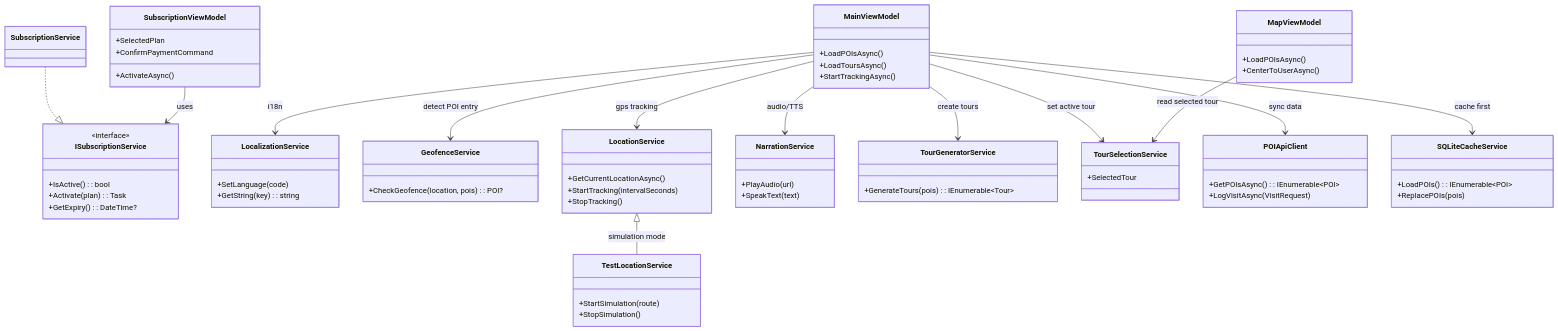
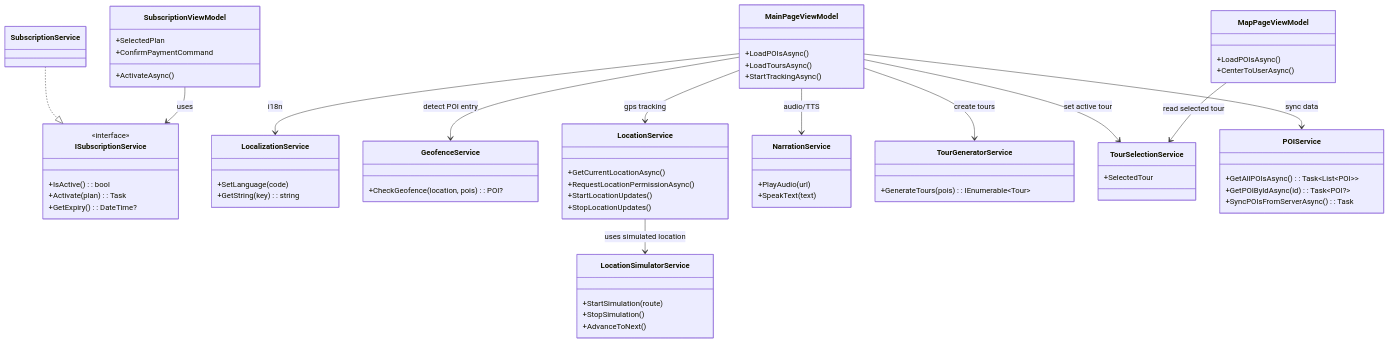
One commit to KhanhChung2k5/k_tour changed diagram 31 of 32 in docs/PRODUCT_REQUIREMENTS.md. Above: the diagram before and after it, drawn with Mermaid. The commit also changed other lines of this file and 33 other files, not shown here.

````diff
--- a/docs/PRODUCT_REQUIREMENTS.md
+++ b/docs/PRODUCT_REQUIREMENTS.md
@@ -2159,12 +1513,12 @@
 ```mermaid
 classDiagram
-    class MainViewModel {
+    class MainPageViewModel {
         +LoadPOIsAsync()
         +LoadToursAsync()
         +StartTrackingAsync()
     }
 
-    class MapViewModel {
+    class MapPageViewModel {
         +LoadPOIsAsync()
         +CenterToUserAsync()
     }
@@ -2195,13 +1549,15 @@
 
     class LocationService {
         +GetCurrentLocationAsync()
-        +StartTracking(intervalSeconds)
-        +StopTracking()
+        +RequestLocationPermissionAsync()
+        +StartLocationUpdates()
+        +StopLocationUpdates()
     }
 
-    class TestLocationService {
+    class LocationSimulatorService {
         +StartSimulation(route)
         +StopSimulation()
+        +AdvanceToNext()
     }
 
     class NarrationService {
@@ -2217,26 +1573,21 @@
         +SelectedTour
     }
 
-    class POIApiClient {
-        +GetPOIsAsync(): IEnumerable~POI~
-        +LogVisitAsync(VisitRequest)
-    }
-
-    class SQLiteCacheService {
-        +LoadPOIs(): IEnumerable~POI~
-        +ReplacePOIs(pois)
+    class POIService {
+        +GetAllPOIsAsync(): Task~List~POI~~
+        +GetPOIByIdAsync(id): Task~POI?~
+        +SyncPOIsFromServerAsync(): Task
     }
 
     SubscriptionService ..|> ISubscriptionService
     SubscriptionViewModel --> ISubscriptionService : uses
-    MainViewModel --> POIApiClient : sync data
-    MainViewModel --> SQLiteCacheService : cache first
-    MainViewModel --> TourGeneratorService : create tours
-    MainViewModel --> TourSelectionService : set active tour
-    MainViewModel --> GeofenceService : detect POI entry
-    MainViewModel --> LocationService : gps tracking
-    MainViewModel --> NarrationService : audio/TTS
-    MainViewModel --> LocalizationService : i18n
-    MapViewModel --> TourSelectionService : read selected tour
-    LocationService <|-- TestLocationService : simulation mode
+    MainPageViewModel --> POIService : sync data
+    MainPageViewModel --> TourGeneratorService : create tours
+    MainPageViewModel --> TourSelectionService : set active tour
+    MainPageViewModel --> GeofenceService : detect POI entry
+    MainPageViewModel --> LocationService : gps tracking
+    MainPageViewModel --> NarrationService : audio/TTS
+    MainPageViewModel --> LocalizationService : i18n
+    MapPageViewModel --> TourSelectionService : read selected tour
+    LocationService --> LocationSimulatorService : uses simulated location
 ```
````
